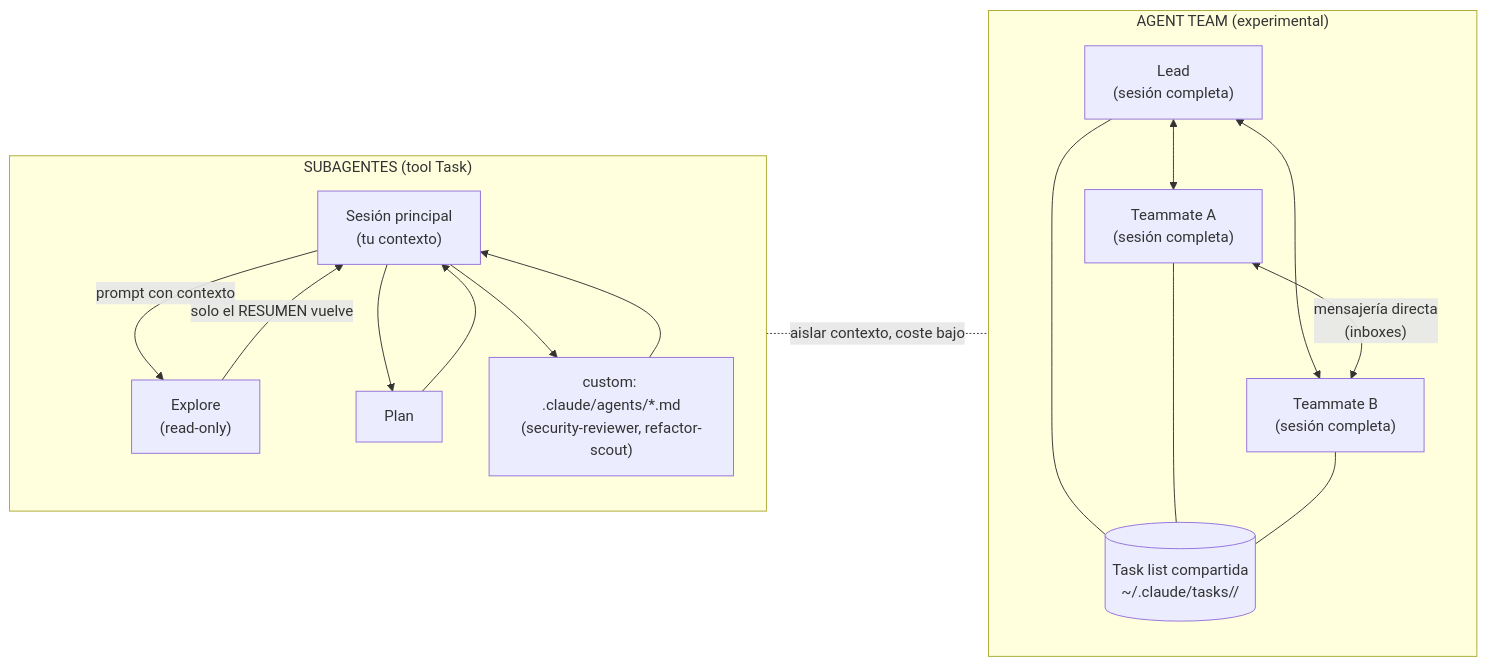
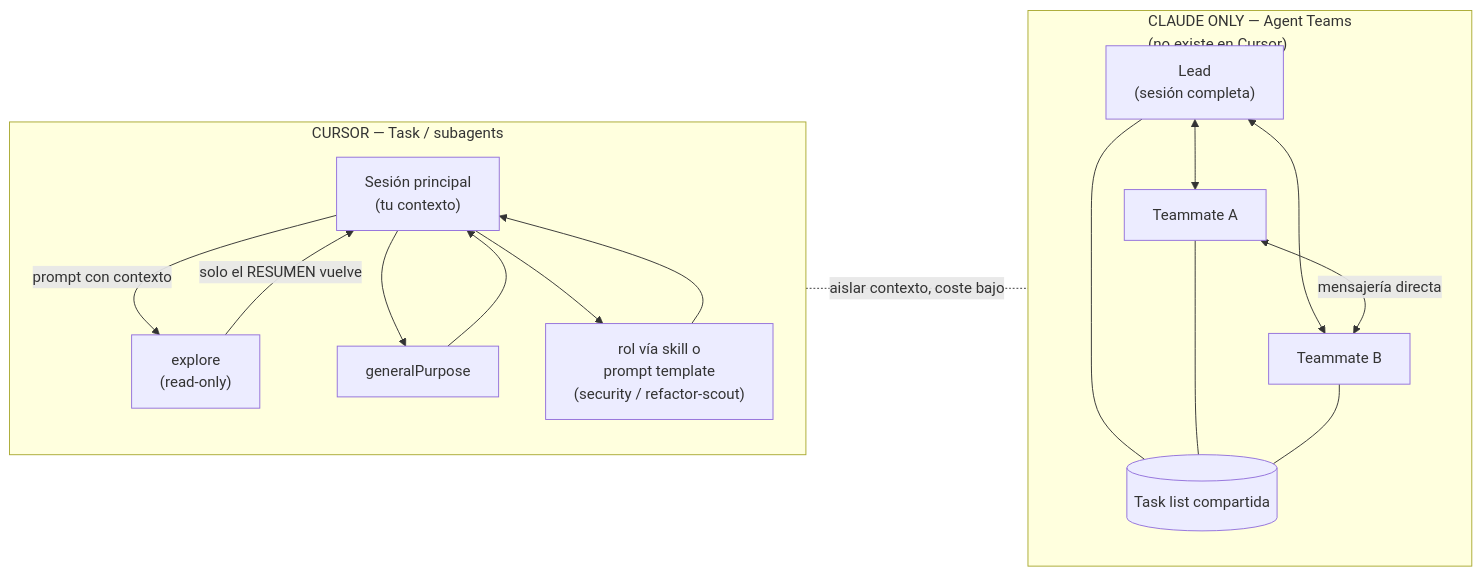
One commit to olonok69/cursor_code_ml_engineer changed the diagram in ejemplos/subagents/agents.mmd. Above: the diagram before and after it, drawn with Mermaid. The commit also changed 85 other files, not shown here.

Commit message:
remove claude code

```diff
--- a/ejemplos/subagents/agents.mmd
+++ b/ejemplos/subagents/agents.mmd
@@ -1,29 +1,29 @@
 %% Fuente editable del diagrama agents.png (render: python render_agents.py)
-%% Izquierda: subagentes (contexto aislado, devuelven un resumen).
-%% Derecha: agent team (sesiones completas + task list compartida + mensajería).
+%% Izquierda: Task/subagents en Cursor (contexto aislado, resumen).
+%% Derecha: Agent Teams de Claude Code — NO disponible en Cursor (referencia del curso).
 flowchart LR
-  subgraph S["SUBAGENTES (tool Task)"]
+  subgraph S["CURSOR — Task / subagents"]
     M["Sesión principal\n(tu contexto)"]
-    A1["Explore\n(read-only)"]
-    A2["Plan"]
-    A3["custom: .claude/agents/*.md\n(security-reviewer, refactor-scout)"]
+    A1["explore\n(read-only)"]
+    A2["generalPurpose"]
+    A3["rol vía skill o\nprompt template\n(security / refactor-scout)"]
     M -- "prompt con contexto" --> A1
     M -- " " --> A2
     M -- " " --> A3
     A1 -- "solo el RESUMEN vuelve" --> M
     A2 -- " " --> M
     A3 -- " " --> M
   end
-  subgraph T["AGENT TEAM (experimental)"]
+  subgraph T["CLAUDE ONLY — Agent Teams\n(no existe en Cursor)"]
     L["Lead\n(sesión completa)"]
-    T1["Teammate A\n(sesión completa)"]
-    T2["Teammate B\n(sesión completa)"]
-    TL[("Task list compartida\n~/.claude/tasks/<team>/")]
+    T1["Teammate A"]
+    T2["Teammate B"]
+    TL[("Task list compartida")]
     L <--> T1
     L <--> T2
-    T1 <-- "mensajería directa\n(inboxes)" --> T2
+    T1 <-- "mensajería directa" --> T2
     L --- TL
     T1 --- TL
     T2 --- TL
   end
   S -. "aislar contexto, coste bajo" .- T
```
